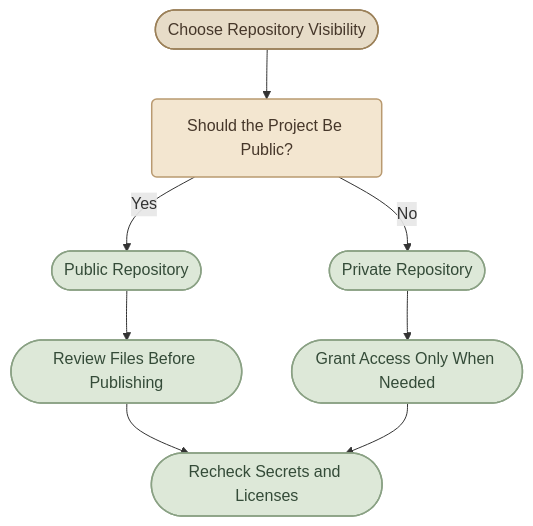
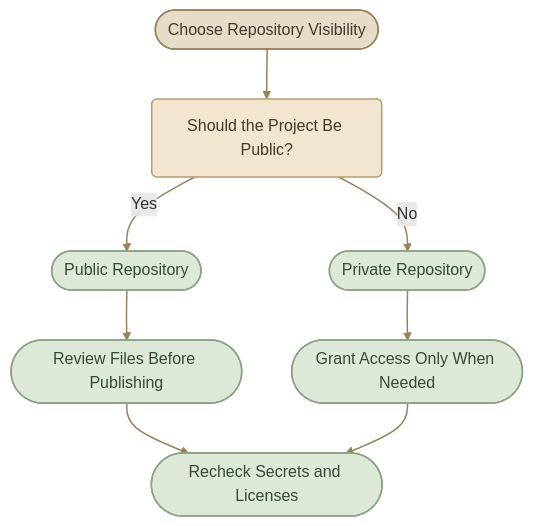
One commit to mustafammasoud/ops-handbook changed the first of 2 diagrams in content/version-control/Git and GitHub/github-repositories-and-settings.mdx. Above: the diagram before and after it, drawn with Mermaid. The commit also changed other lines of this file and 17 other files, not shown here.

````diff
--- a/content/version-control/Git and GitHub/github-repositories-and-settings.mdx
+++ b/content/version-control/Git and GitHub/github-repositories-and-settings.mdx
@@ -247,20 +255,22 @@
 ```mermaid
 flowchart TD
     A(["Choose Repository Visibility"]) --> B("Should the Project Be Public?")
     B -->|Yes| C(["Public Repository"])
     B -->|No| D(["Private Repository"])
     C --> E(["Review Files Before Publishing"])
     D --> F(["Grant Access Only When Needed"])
     E --> G(["Recheck Secrets and Licenses"])
     F --> G
 
     classDef start fill:#E7DCC8,stroke:#9B8059,color:#46372A,stroke-width:1.5px
     classDef decision fill:#F3E6D0,stroke:#B99A70,color:#46372A,stroke-width:1.5px
     classDef option fill:#DDE8D8,stroke:#8AA184,color:#344B38,stroke-width:1.5px
     classDef safe fill:#DDE8D8,stroke:#8AA184,color:#344B38,stroke-width:1.5px
 
     class A start
     class B decision
     class C,D option
     class E,F,G safe
+
+    linkStyle default stroke:#9B8059,stroke-width:1.5px
 ```
````
